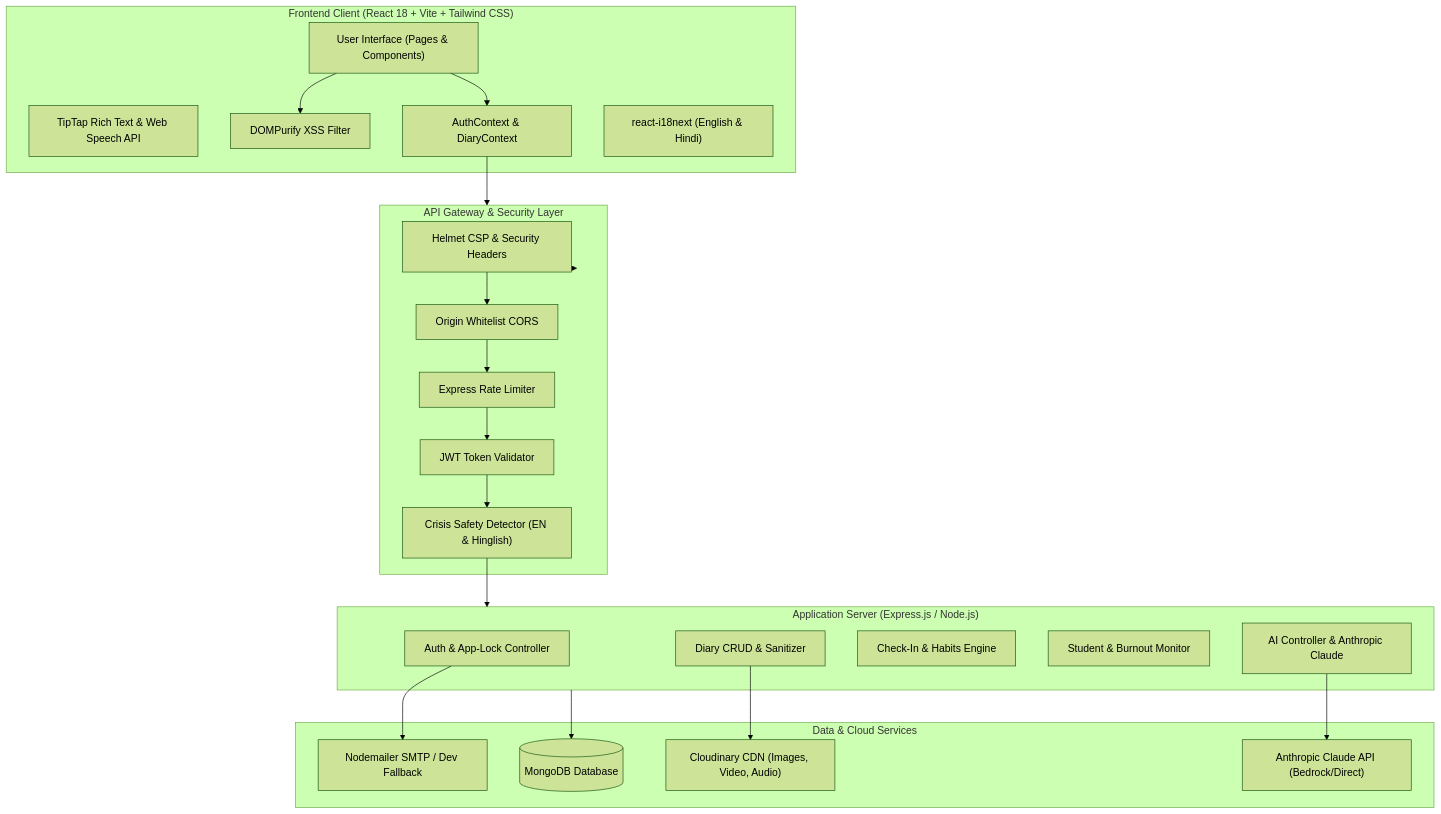
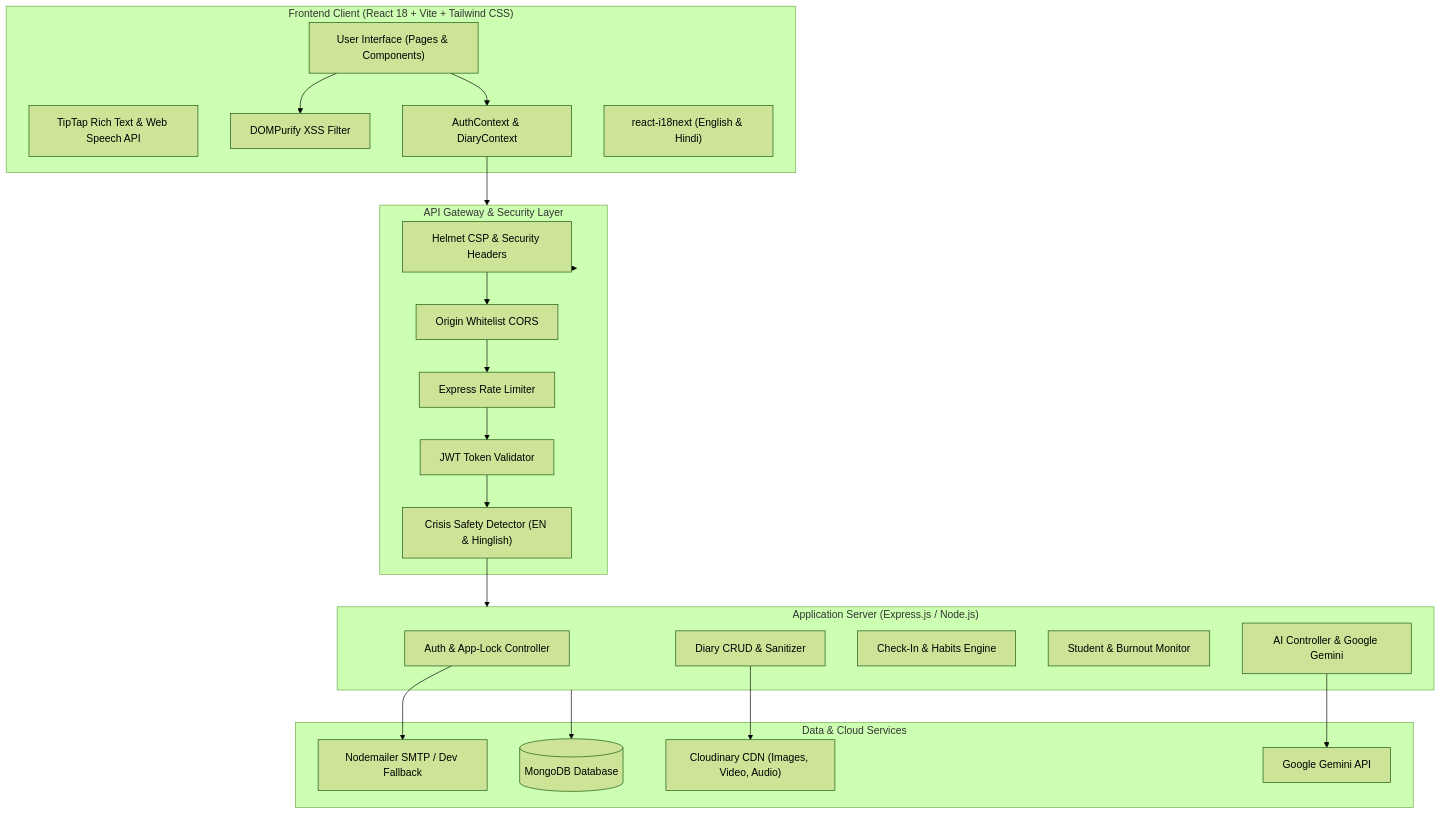
Before and after one commit to raviraj2-c/My-AI-Diary: the first of 2 diagrams in docs/PROJECT_REPORT_OUTLINE.md, drawn with Mermaid (forest theme). The commit also changed other lines of this file and 155 other files, not shown here.

````diff
--- a/docs/PROJECT_REPORT_OUTLINE.md
+++ b/docs/PROJECT_REPORT_OUTLINE.md
@@ -44,44 +44,44 @@
 ```mermaid
 graph TD
     subgraph Client["Frontend Client (React 18 + Vite + Tailwind CSS)"]
         UI["User Interface (Pages & Components)"]
         RT["TipTap Rich Text & Web Speech API"]
         Store["AuthContext & DiaryContext"]
         Sanitize["DOMPurify XSS Filter"]
         i18n["react-i18next (English & Hindi)"]
     end
 
     subgraph Security["API Gateway & Security Layer"]
         Helmet["Helmet CSP & Security Headers"]
         Cors["Origin Whitelist CORS"]
         RateLimit["Express Rate Limiter"]
         AuthMiddleware["JWT Token Validator"]
         RiskEngine["Crisis Safety Detector (EN & Hinglish)"]
     end
 
     subgraph Backend["Application Server (Express.js / Node.js)"]
         AuthController["Auth & App-Lock Controller"]
         DiaryController["Diary CRUD & Sanitizer"]
         WellnessController["Check-In & Habits Engine"]
         StudentController["Student & Burnout Monitor"]
-        AIController["AI Controller & Anthropic Claude"]
+        AIController["AI Controller & Google Gemini"]
     end
 
     subgraph Storage["Data & Cloud Services"]
         MongoDB[("MongoDB Database")]
         Cloudinary["Cloudinary CDN (Images, Video, Audio)"]
-        AnthropicAPI["Anthropic Claude API (Bedrock/Direct)"]
+        GeminiAPI["Google Gemini API"]
         SMTP["Nodemailer SMTP / Dev Fallback"]
     end
 
     UI --> Sanitize
     UI --> Store
     Store --> Security
     Security --> Helmet --> Cors --> RateLimit --> AuthMiddleware
     AuthMiddleware --> RiskEngine
     RiskEngine --> Backend
     Backend --> MongoDB
     DiaryController --> Cloudinary
-    AIController --> AnthropicAPI
+    AIController --> GeminiAPI
     AuthController --> SMTP
 ```
````
